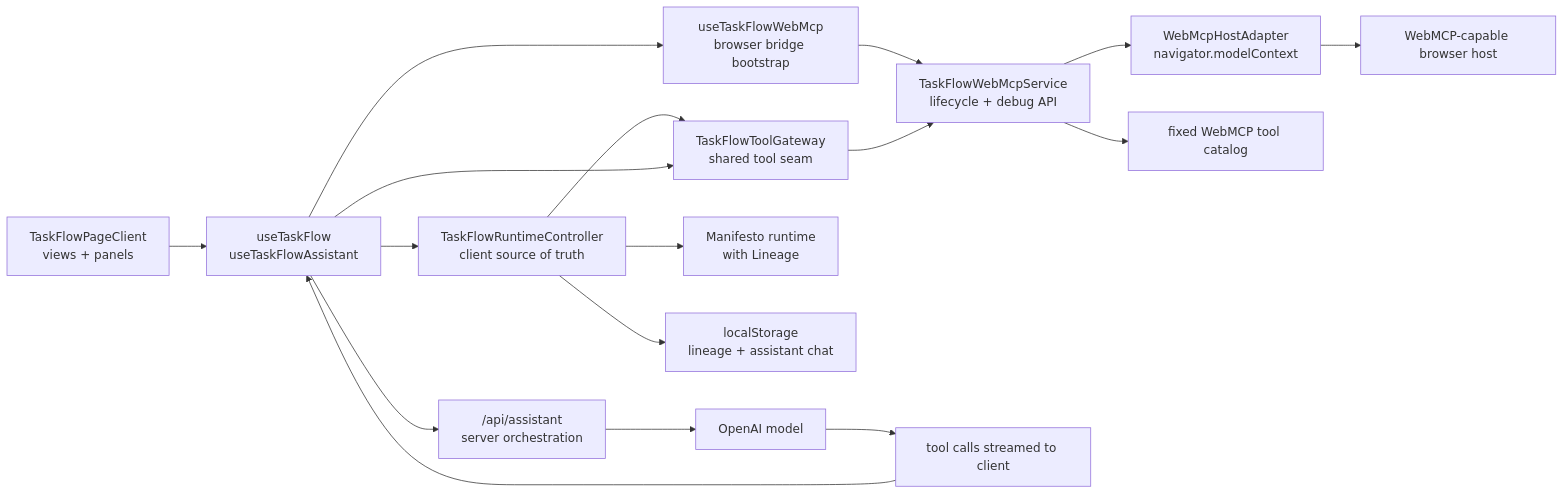
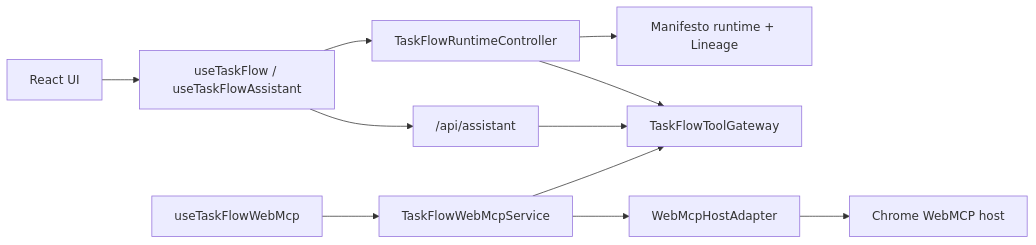
One commit to eggp-dev/manifesto-taskflow changed the diagram in docs/ARCHITECTURE.md. Above: the diagram before and after it, drawn with Mermaid. The commit also changed other lines of this file and 3 other files, not shown here.

````diff
--- a/docs/ARCHITECTURE.md
+++ b/docs/ARCHITECTURE.md
@@ -52,19 +52,13 @@
 ```mermaid
 flowchart LR
-  UI["TaskFlowPageClient<br/>views + panels"] --> Hooks["useTaskFlow<br/>useTaskFlowAssistant"]
-  Hooks --> WebMcp["useTaskFlowWebMcp<br/>browser bridge bootstrap"]
-  Hooks --> Controller["TaskFlowRuntimeController<br/>client source of truth"]
-  Controller --> Gateway["TaskFlowToolGateway<br/>shared tool seam"]
-  WebMcp --> Bridge["TaskFlowWebMcpService<br/>lifecycle + debug API"]
-  Bridge --> Adapter["WebMcpHostAdapter<br/>navigator.modelContext"]
-  Bridge --> Catalog["fixed WebMCP tool catalog"]
-  Controller --> Runtime["Manifesto runtime<br/>with Lineage"]
-  Controller --> Storage["localStorage<br/>lineage + assistant chat"]
-  Gateway --> Bridge
-  Adapter --> Host["WebMCP-capable browser host"]
-  Hooks --> Route["/api/assistant<br/>server orchestration"]
-  Route --> Model["OpenAI model"]
-  Model --> Tools["tool calls streamed to client"]
-  Tools --> Hooks
-  Hooks --> Gateway
+  UI["React UI"] --> Hook["useTaskFlow / useTaskFlowAssistant"]
+  Hook --> Controller["TaskFlowRuntimeController"]
+  Controller --> Runtime["Manifesto runtime + Lineage"]
+  Controller --> Gateway["TaskFlowToolGateway"]
+  Hook --> Assistant["/api/assistant"]
+  Assistant --> Gateway
+  WebMcp["useTaskFlowWebMcp"] --> WebMcpService["TaskFlowWebMcpService"]
+  WebMcpService --> Gateway
+  WebMcpService --> HostAdapter["WebMcpHostAdapter"]
+  HostAdapter --> Host["Chrome WebMCP host"]
 ```
````
